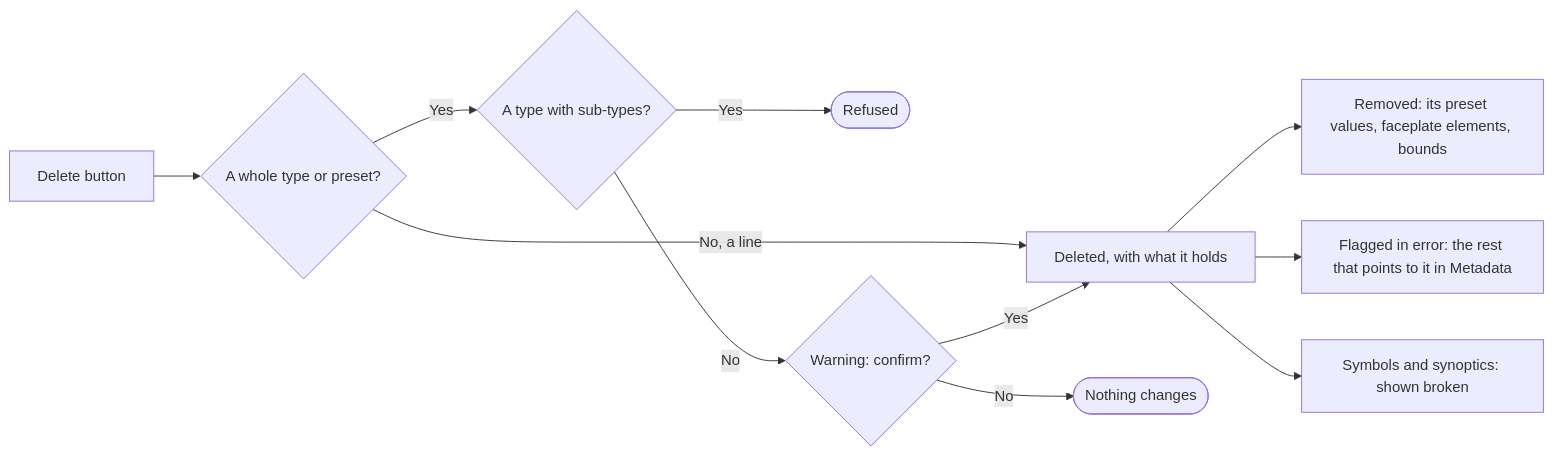
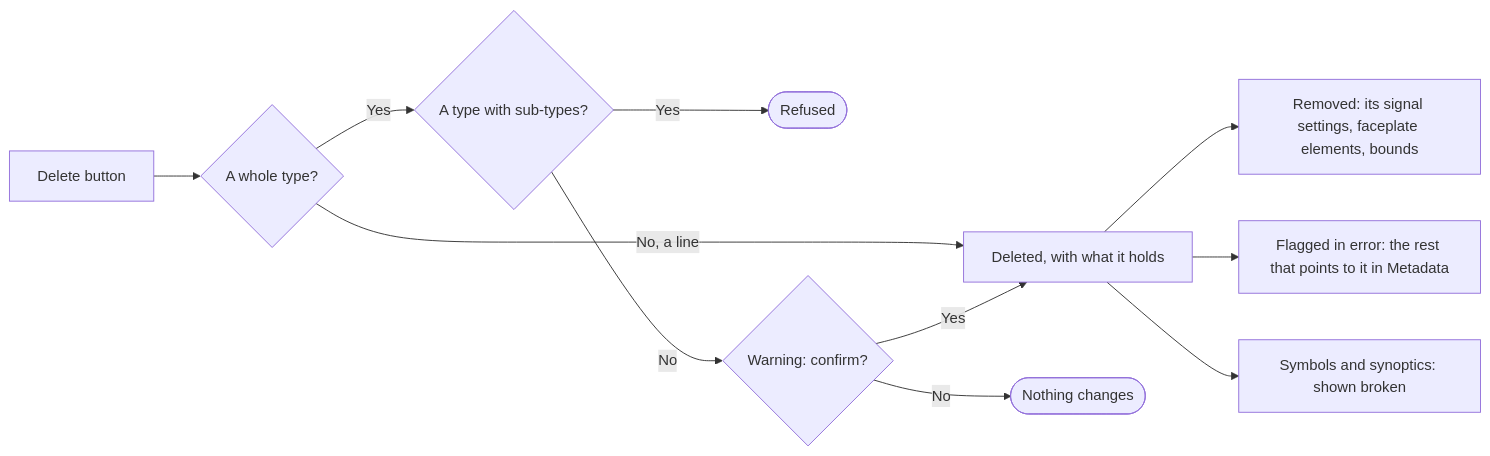
The diagram in metadata/deleting.md (AlexandreGallais/synoptic-studio-spec), drawn with Mermaid before and after one commit. The commit also changed other lines of this file and 65 other files, not shown here.

````diff
--- a/metadata/deleting.md
+++ b/metadata/deleting.md
@@ -35,13 +35,13 @@
 ```mermaid
 flowchart LR
-    B[Delete button] --> Q{A whole type or preset?}
+    B[Delete button] --> Q{A whole type?}
     Q -- No, a line --> D[Deleted, with what it holds]
     Q -- Yes --> T{A type with sub-types?}
     T -- Yes --> R([Refused])
     T -- No --> W{Warning: confirm?}
     W -- No --> K([Nothing changes])
     W -- Yes --> D
-    D --> P[Removed: its preset values, faceplate elements, bounds]
+    D --> P[Removed: its signal settings, faceplate elements, bounds]
     D --> E[Flagged in error: the rest that points to it in Metadata]
     D --> S[Symbols and synoptics: shown broken]
 ```
````
